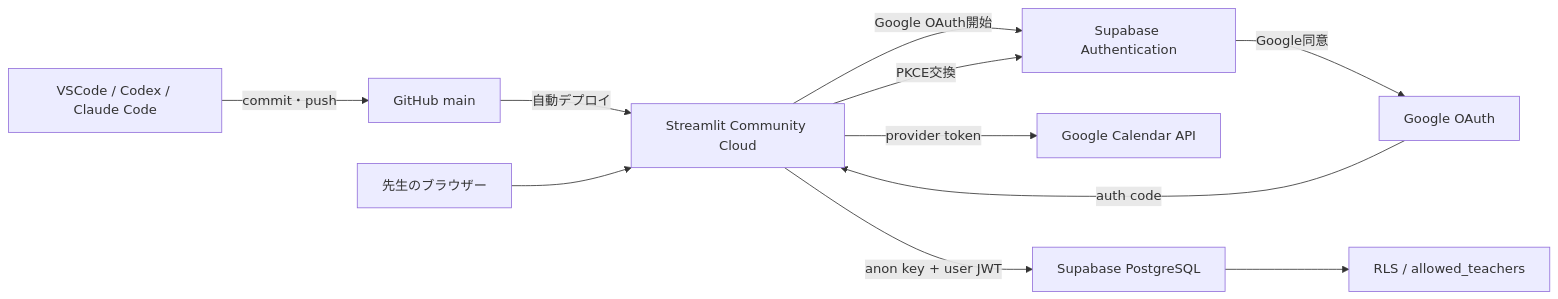
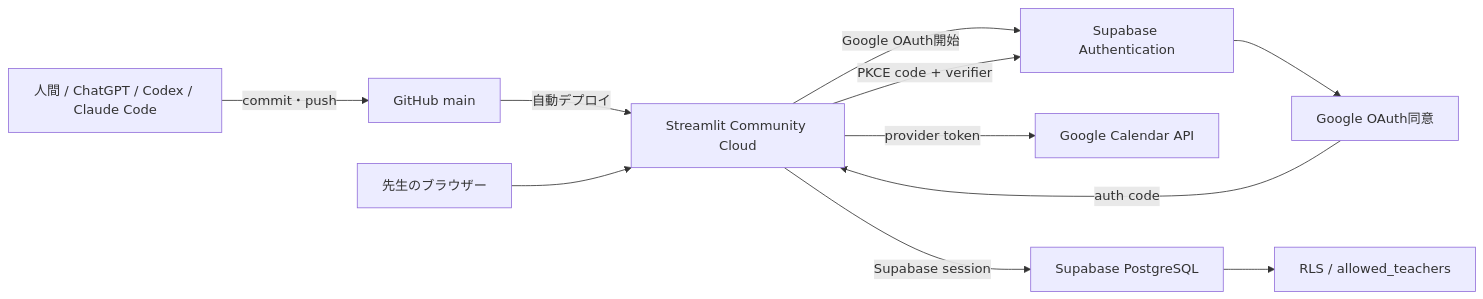
Before and after one commit to hn0418free0007-eng/piano-fee-app: the diagram in docs/08_CHATGPT引継ぎ.md, drawn with Mermaid. The commit also changed other lines of this file and 1 other file, not shown here.

````diff
--- a/docs/08_CHATGPT引継ぎ.md
+++ b/docs/08_CHATGPT引継ぎ.md
@@ -20,13 +45,13 @@
 ```mermaid
 flowchart LR
-    DEV[VSCode / Codex / Claude Code] -->|commit・push| GH[GitHub main]
+    DEV[人間 / ChatGPT / Codex / Claude Code] -->|commit・push| GH[GitHub main]
     GH -->|自動デプロイ| ST[Streamlit Community Cloud]
     USER[先生のブラウザー] --> ST
-    ST -->|Google OAuth開始| SBAuth[Supabase Authentication]
-    SBAuth -->|Google同意| GOAuth[Google OAuth]
-    GOAuth -->|auth code| ST
-    ST -->|PKCE交換| SBAuth
-    ST -->|provider token| GC[Google Calendar API]
-    ST -->|anon key + user JWT| DB[Supabase PostgreSQL]
+    ST -->|Google OAuth開始| SBA[Supabase Authentication]
+    SBA --> GO[Google OAuth同意]
+    GO -->|auth code| ST
+    ST -->|PKCE code + verifier| SBA
+    ST -->|provider token| CAL[Google Calendar API]
+    ST -->|Supabase session| DB[Supabase PostgreSQL]
     DB --> RLS[RLS / allowed_teachers]
 ```
````
